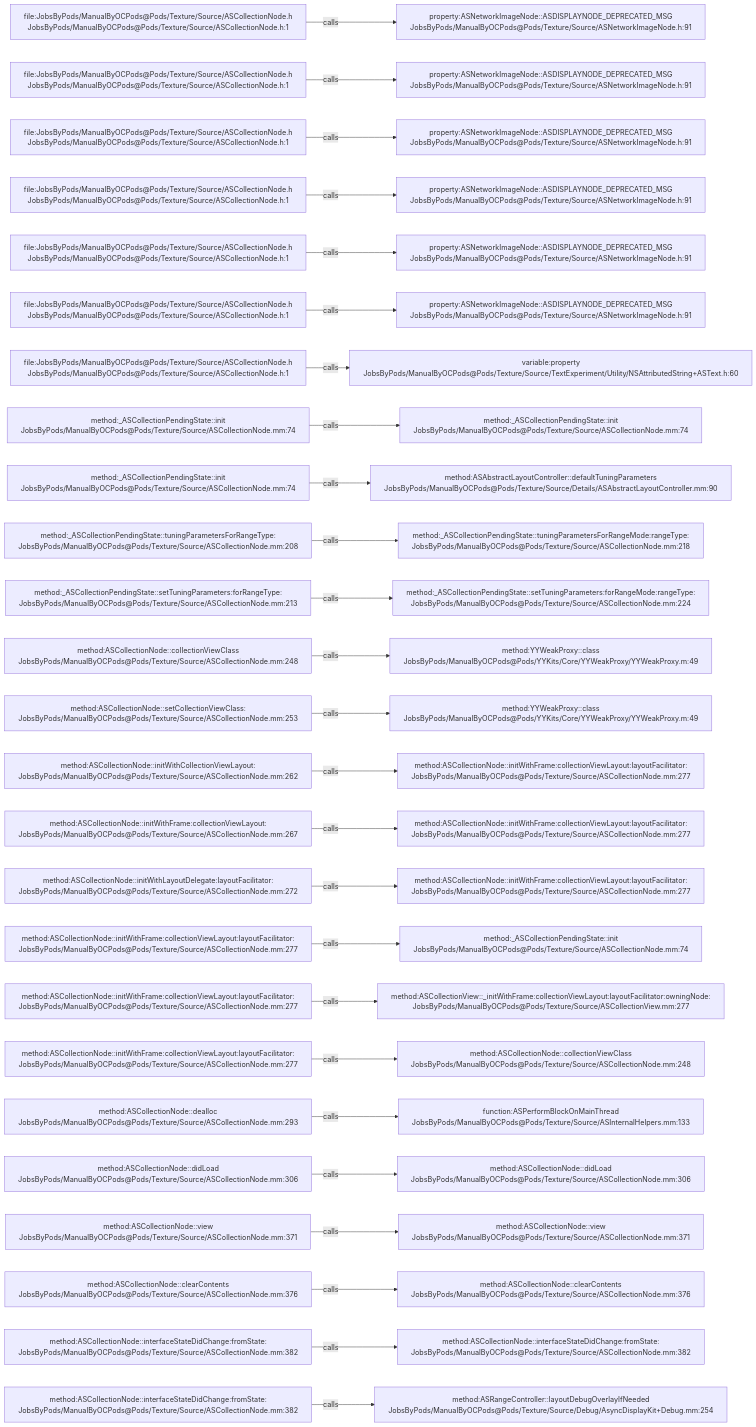
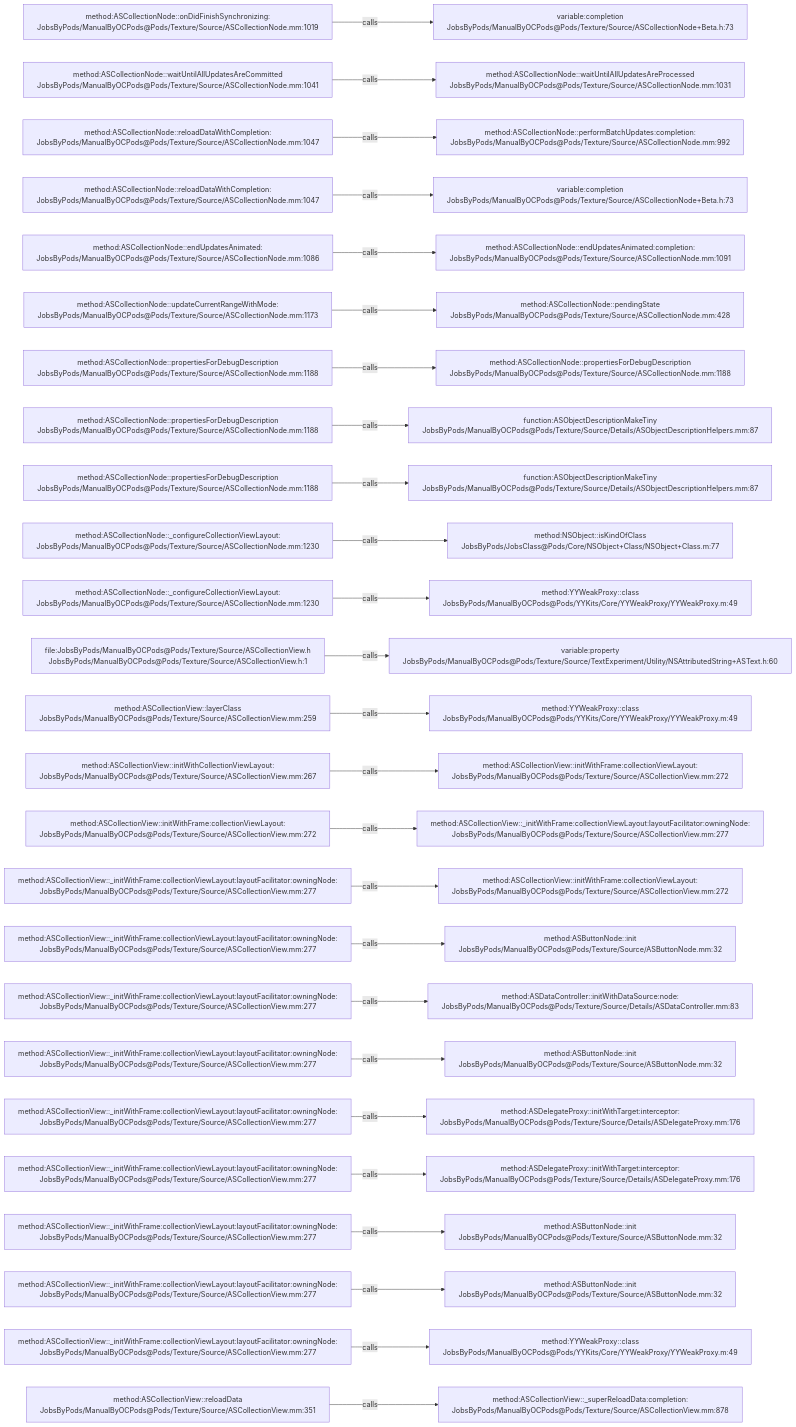
Before and after one commit to JobsKits/JobsOCBaseConfigDemo: the diagram in .codegraph/codegraph.md/graphs/calls-077.md, drawn with Mermaid. The commit also changed 1353 other files, not shown here.

````diff
--- a/.codegraph/codegraph.md/graphs/calls-077.md
+++ b/.codegraph/codegraph.md/graphs/calls-077.md
@@ -13,78 +13,78 @@
 ```mermaid
 flowchart LR
-  S1["file:JobsByPods/ManualByOCPods@Pods/Texture/Source/ASCollectionNode.h<br/>JobsByPods/ManualByOCPods@Pods/Texture/Source/ASCollectionNode.h:1"]
-  T1["property:ASNetworkImageNode::ASDISPLAYNODE_DEPRECATED_MSG<br/>JobsByPods/ManualByOCPods@Pods/Texture/Source/ASNetworkImageNode.h:91"]
+  S1["method:ASCollectionNode::onDidFinishSynchronizing:<br/>JobsByPods/ManualByOCPods@Pods/Texture/Source/ASCollectionNode.mm:1019"]
+  T1["variable:completion<br/>JobsByPods/ManualByOCPods@Pods/Texture/Source/ASCollectionNode+Beta.h:73"]
   S1 -->|calls| T1
-  S2["file:JobsByPods/ManualByOCPods@Pods/Texture/Source/ASCollectionNode.h<br/>JobsByPods/ManualByOCPods@Pods/Texture/Source/ASCollectionNode.h:1"]
-  T2["property:ASNetworkImageNode::ASDISPLAYNODE_DEPRECATED_MSG<br/>JobsByPods/ManualByOCPods@Pods/Texture/Source/ASNetworkImageNode.h:91"]
+  S2["method:ASCollectionNode::waitUntilAllUpdatesAreCommitted<br/>JobsByPods/ManualByOCPods@Pods/Texture/Source/ASCollectionNode.mm:1041"]
+  T2["method:ASCollectionNode::waitUntilAllUpdatesAreProcessed<br/>JobsByPods/ManualByOCPods@Pods/Texture/Source/ASCollectionNode.mm:1031"]
   S2 -->|calls| T2
-  S3["file:JobsByPods/ManualByOCPods@Pods/Texture/Source/ASCollectionNode.h<br/>JobsByPods/ManualByOCPods@Pods/Texture/Source/ASCollectionNode.h:1"]
-  T3["property:ASNetworkImageNode::ASDISPLAYNODE_DEPRECATED_MSG<br/>JobsByPods/ManualByOCPods@Pods/Texture/Source/ASNetworkImageNode.h:91"]
+  S3["method:ASCollectionNode::reloadDataWithCompletion:<br/>JobsByPods/ManualByOCPods@Pods/Texture/Source/ASCollectionNode.mm:1047"]
+  T3["method:ASCollectionNode::performBatchUpdates:completion:<br/>JobsByPods/ManualByOCPods@Pods/Texture/Source/ASCollectionNode.mm:992"]
   S3 -->|calls| T3
-  S4["file:JobsByPods/ManualByOCPods@Pods/Texture/Source/ASCollectionNode.h<br/>JobsByPods/ManualByOCPods@Pods/Texture/Source/ASCollectionNode.h:1"]
-  T4["property:ASNetworkImageNode::ASDISPLAYNODE_DEPRECATED_MSG<br/>JobsByPods/ManualByOCPods@Pods/Texture/Source/ASNetworkImageNode.h:91"]
+  S4["method:ASCollectionNode::reloadDataWithCompletion:<br/>JobsByPods/ManualByOCPods@Pods/Texture/Source/ASCollectionNode.mm:1047"]
+  T4["variable:completion<br/>JobsByPods/ManualByOCPods@Pods/Texture/Source/ASCollectionNode+Beta.h:73"]
   S4 -->|calls| T4
-  S5["file:JobsByPods/ManualByOCPods@Pods/Texture/Source/ASCollectionNode.h<br/>JobsByPods/ManualByOCPods@Pods/Texture/Source/ASCollectionNode.h:1"]
-  T5["property:ASNetworkImageNode::ASDISPLAYNODE_DEPRECATED_MSG<br/>JobsByPods/ManualByOCPods@Pods/Texture/Source/ASNetworkImageNode.h:91"]
+  S5["method:ASCollectionNode::endUpdatesAnimated:<br/>JobsByPods/ManualByOCPods@Pods/Texture/Source/ASCollectionNode.mm:1086"]
+  T5["method:ASCollectionNode::endUpdatesAnimated:completion:<br/>JobsByPods/ManualByOCPods@Pods/Texture/Source/ASCollectionNode.mm:1091"]
   S5 -->|calls| T5
-  S6["file:JobsByPods/ManualByOCPods@Pods/Texture/Source/ASCollectionNode.h<br/>JobsByPods/ManualByOCPods@Pods/Texture/Source/ASCollectionNode.h:1"]
-  T6["property:ASNetworkImageNode::ASDISPLAYNODE_DEPRECATED_MSG<br/>JobsByPods/ManualByOCPods@Pods/Texture/Source/ASNetworkImageNode.h:91"]
+  S6["method:ASCollectionNode::updateCurrentRangeWithMode:<br/>JobsByPods/ManualByOCPods@Pods/Texture/Source/ASCollectionNode.mm:1173"]
+  T6["method:ASCollectionNode::pendingState<br/>JobsByPods/ManualByOCPods@Pods/Texture/Source/ASCollectionNode.mm:428"]
   S6 -->|calls| T6
-  S7["file:JobsByPods/ManualByOCPods@Pods/Texture/Source/ASCollectionNode.h<br/>JobsByPods/ManualByOCPods@Pods/Texture/Source/ASCollectionNode.h:1"]
-  T7["variable:property<br/>JobsByPods/ManualByOCPods@Pods/Texture/Source/TextExperiment/Utility/NSAttributedString+ASText.h:60"]
+  S7["method:ASCollectionNode::propertiesForDebugDescription<br/>JobsByPods/ManualByOCPods@Pods/Texture/Source/ASCollectionNode.mm:1188"]
+  T7["method:ASCollectionNode::propertiesForDebugDescription<br/>JobsByPods/ManualByOCPods@Pods/Texture/Source/ASCollectionNode.mm:1188"]
   S7 -->|calls| T7
-  S8["method:_ASCollectionPendingState::init<br/>JobsByPods/ManualByOCPods@Pods/Texture/Source/ASCollectionNode.mm:74"]
-  T8["method:_ASCollectionPendingState::init<br/>JobsByPods/ManualByOCPods@Pods/Texture/Source/ASCollectionNode.mm:74"]
+  S8["method:ASCollectionNode::propertiesForDebugDescription<br/>JobsByPods/ManualByOCPods@Pods/Texture/Source/ASCollectionNode.mm:1188"]
+  T8["function:ASObjectDescriptionMakeTiny<br/>JobsByPods/ManualByOCPods@Pods/Texture/Source/Details/ASObjectDescriptionHelpers.mm:87"]
   S8 -->|calls| T8
-  S9["method:_ASCollectionPendingState::init<br/>JobsByPods/ManualByOCPods@Pods/Texture/Source/ASCollectionNode.mm:74"]
-  T9["method:ASAbstractLayoutController::defaultTuningParameters<br/>JobsByPods/ManualByOCPods@Pods/Texture/Source/Details/ASAbstractLayoutController.mm:90"]
+  S9["method:ASCollectionNode::propertiesForDebugDescription<br/>JobsByPods/ManualByOCPods@Pods/Texture/Source/ASCollectionNode.mm:1188"]
+  T9["function:ASObjectDescriptionMakeTiny<br/>JobsByPods/ManualByOCPods@Pods/Texture/Source/Details/ASObjectDescriptionHelpers.mm:87"]
   S9 -->|calls| T9
-  S10["method:_ASCollectionPendingState::tuningParametersForRangeType:<br/>JobsByPods/ManualByOCPods@Pods/Texture/Source/ASCollectionNode.mm:208"]
-  T10["method:_ASCollectionPendingState::tuningParametersForRangeMode:rangeType:<br/>JobsByPods/ManualByOCPods@Pods/Texture/Source/ASCollectionNode.mm:218"]
+  S10["method:ASCollectionNode::_configureCollectionViewLayout:<br/>JobsByPods/ManualByOCPods@Pods/Texture/Source/ASCollectionNode.mm:1230"]
+  T10["method:NSObject::isKindOfClass<br/>JobsByPods/JobsClass@Pods/Core/NSObject+Class/NSObject+Class.m:77"]
   S10 -->|calls| T10
-  S11["method:_ASCollectionPendingState::setTuningParameters:forRangeType:<br/>JobsByPods/ManualByOCPods@Pods/Texture/Source/ASCollectionNode.mm:213"]
-  T11["method:_ASCollectionPendingState::setTuningParameters:forRangeMode:rangeType:<br/>JobsByPods/ManualByOCPods@Pods/Texture/Source/ASCollectionNode.mm:224"]
+  S11["method:ASCollectionNode::_configureCollectionViewLayout:<br/>JobsByPods/ManualByOCPods@Pods/Texture/Source/ASCollectionNode.mm:1230"]
+  T11["method:YYWeakProxy::class<br/>JobsByPods/ManualByOCPods@Pods/YYKits/Core/YYWeakProxy/YYWeakProxy.m:49"]
   S11 -->|calls| T11
-  S12["method:ASCollectionNode::collectionViewClass<br/>JobsByPods/ManualByOCPods@Pods/Texture/Source/ASCollectionNode.mm:248"]
-  T12["method:YYWeakProxy::class<br/>JobsByPods/ManualByOCPods@Pods/YYKits/Core/YYWeakProxy/YYWeakProxy.m:49"]
+  S12["file:JobsByPods/ManualByOCPods@Pods/Texture/Source/ASCollectionView.h<br/>JobsByPods/ManualByOCPods@Pods/Texture/Source/ASCollectionView.h:1"]
+  T12["variable:property<br/>JobsByPods/ManualByOCPods@Pods/Texture/Source/TextExperiment/Utility/NSAttributedString+ASText.h:60"]
   S12 -->|calls| T12
-  S13["method:ASCollectionNode::setCollectionViewClass:<br/>JobsByPods/ManualByOCPods@Pods/Texture/Source/ASCollectionNode.mm:253"]
+  S13["method:ASCollectionView::layerClass<br/>JobsByPods/ManualByOCPods@Pods/Texture/Source/ASCollectionView.mm:259"]
   T13["method:YYWeakProxy::class<br/>JobsByPods/ManualByOCPods@Pods/YYKits/Core/YYWeakProxy/YYWeakProxy.m:49"]
   S13 -->|calls| T13
-  S14["method:ASCollectionNode::initWithCollectionViewLayout:<br/>JobsByPods/ManualByOCPods@Pods/Texture/Source/ASCollectionNode.mm:262"]
-  T14["method:ASCollectionNode::initWithFrame:collectionViewLayout:layoutFacilitator:<br/>JobsByPods/ManualByOCPods@Pods/Texture/Source/ASCollectionNode.mm:277"]
+  S14["method:ASCollectionView::initWithCollectionViewLayout:<br/>JobsByPods/ManualByOCPods@Pods/Texture/Source/ASCollectionView.mm:267"]
+  T14["method:ASCollectionView::initWithFrame:collectionViewLayout:<br/>JobsByPods/ManualByOCPods@Pods/Texture/Source/ASCollectionView.mm:272"]
   S14 -->|calls| T14
-  S15["method:ASCollectionNode::initWithFrame:collectionViewLayout:<br/>JobsByPods/ManualByOCPods@Pods/Texture/Source/ASCollectionNode.mm:267"]
-  T15["method:ASCollectionNode::initWithFrame:collectionViewLayout:layoutFacilitator:<br/>JobsByPods/ManualByOCPods@Pods/Texture/Source/ASCollectionNode.mm:277"]
+  S15["method:ASCollectionView::initWithFrame:collectionViewLayout:<br/>JobsByPods/ManualByOCPods@Pods/Texture/Source/ASCollectionView.mm:272"]
+  T15["method:ASCollectionView::_initWithFrame:collectionViewLayout:layoutFacilitator:owningNode:<br/>JobsByPods/ManualByOCPods@Pods/Texture/Source/ASCollectionView.mm:277"]
   S15 -->|calls| T15
-  S16["method:ASCollectionNode::initWithLayoutDelegate:layoutFacilitator:<br/>JobsByPods/ManualByOCPods@Pods/Texture/Source/ASCollectionNode.mm:272"]
-  T16["method:ASCollectionNode::initWithFrame:collectionViewLayout:layoutFacilitator:<br/>JobsByPods/ManualByOCPods@Pods/Texture/Source/ASCollectionNode.mm:277"]
+  S16["method:ASCollectionView::_initWithFrame:collectionViewLayout:layoutFacilitator:owningNode:<br/>JobsByPods/ManualByOCPods@Pods/Texture/Source/ASCollectionView.mm:277"]
+  T16["method:ASCollectionView::initWithFrame:collectionViewLayout:<br/>JobsByPods/ManualByOCPods@Pods/Texture/Source/ASCollectionView.mm:272"]
   S16 -->|calls| T16
-  S17["method:ASCollectionNode::initWithFrame:collectionViewLayout:layoutFacilitator:<br/>JobsByPods/ManualByOCPods@Pods/Texture/Source/ASCollectionNode.mm:277"]
-  T17["method:_ASCollectionPendingState::init<br/>JobsByPods/ManualByOCPods@Pods/Texture/Source/ASCollectionNode.mm:74"]
+  S17["method:ASCollectionView::_initWithFrame:collectionViewLayout:layoutFacilitator:owningNode:<br/>JobsByPods/ManualByOCPods@Pods/Texture/Source/ASCollectionView.mm:277"]
+  T17["method:ASButtonNode::init<br/>JobsByPods/ManualByOCPods@Pods/Texture/Source/ASButtonNode.mm:32"]
   S17 -->|calls| T17
-  S18["method:ASCollectionNode::initWithFrame:collectionViewLayout:layoutFacilitator:<br/>JobsByPods/ManualByOCPods@Pods/Texture/Source/ASCollectionNode.mm:277"]
-  T18["method:ASCollectionView::_initWithFrame:collectionViewLayout:layoutFacilitator:owningNode:<br/>JobsByPods/ManualByOCPods@Pods/Texture/Source/ASCollectionView.mm:277"]
+  S18["method:ASCollectionView::_initWithFrame:collectionViewLayout:layoutFacilitator:owningNode:<br/>JobsByPods/ManualByOCPods@Pods/Texture/Source/ASCollectionView.mm:277"]
+  T18["method:ASDataController::initWithDataSource:node:<br/>JobsByPods/ManualByOCPods@Pods/Texture/Source/Details/ASDataController.mm:83"]
   S18 -->|calls| T18
-  S19["method:ASCollectionNode::initWithFrame:collectionViewLayout:layoutFacilitator:<br/>JobsByPods/ManualByOCPods@Pods/Texture/Source/ASCollectionNode.mm:277"]
-  T19["method:ASCollectionNode::collectionViewClass<br/>JobsByPods/ManualByOCPods@Pods/Texture/Source/ASCollectionNode.mm:248"]
+  S19["method:ASCollectionView::_initWithFrame:collectionViewLayout:layoutFacilitator:owningNode:<br/>JobsByPods/ManualByOCPods@Pods/Texture/Source/ASCollectionView.mm:277"]
+  T19["method:ASButtonNode::init<br/>JobsByPods/ManualByOCPods@Pods/Texture/Source/ASButtonNode.mm:32"]
   S19 -->|calls| T19
-  S20["method:ASCollectionNode::dealloc<br/>JobsByPods/ManualByOCPods@Pods/Texture/Source/ASCollectionNode.mm:293"]
-  T20["function:ASPerformBlockOnMainThread<br/>JobsByPods/ManualByOCPods@Pods/Texture/Source/ASInternalHelpers.mm:133"]
+  S20["method:ASCollectionView::_initWithFrame:collectionViewLayout:layoutFacilitator:owningNode:<br/>JobsByPods/ManualByOCPods@Pods/Texture/Source/ASCollectionView.mm:277"]
+  T20["method:ASDelegateProxy::initWithTarget:interceptor:<br/>JobsByPods/ManualByOCPods@Pods/Texture/Source/Details/ASDelegateProxy.mm:176"]
   S20 -->|calls| T20
-  S21["method:ASCollectionNode::didLoad<br/>JobsByPods/ManualByOCPods@Pods/Texture/Source/ASCollectionNode.mm:306"]
-  T21["method:ASCollectionNode::didLoad<br/>JobsByPods/ManualByOCPods@Pods/Texture/Source/ASCollectionNode.mm:306"]
+  S21["method:ASCollectionView::_initWithFrame:collectionViewLayout:layoutFacilitator:owningNode:<br/>JobsByPods/ManualByOCPods@Pods/Texture/Source/ASCollectionView.mm:277"]
+  T21["method:ASDelegateProxy::initWithTarget:interceptor:<br/>JobsByPods/ManualByOCPods@Pods/Texture/Source/Details/ASDelegateProxy.mm:176"]
   S21 -->|calls| T21
-  S22["method:ASCollectionNode::view<br/>JobsByPods/ManualByOCPods@Pods/Texture/Source/ASCollectionNode.mm:371"]
-  T22["method:ASCollectionNode::view<br/>JobsByPods/ManualByOCPods@Pods/Texture/Source/ASCollectionNode.mm:371"]
+  S22["method:ASCollectionView::_initWithFrame:collectionViewLayout:layoutFacilitator:owningNode:<br/>JobsByPods/ManualByOCPods@Pods/Texture/Source/ASCollectionView.mm:277"]
+  T22["method:ASButtonNode::init<br/>JobsByPods/ManualByOCPods@Pods/Texture/Source/ASButtonNode.mm:32"]
   S22 -->|calls| T22
-  S23["method:ASCollectionNode::clearContents<br/>JobsByPods/ManualByOCPods@Pods/Texture/Source/ASCollectionNode.mm:376"]
-  T23["method:ASCollectionNode::clearContents<br/>JobsByPods/ManualByOCPods@Pods/Texture/Source/ASCollectionNode.mm:376"]
+  S23["method:ASCollectionView::_initWithFrame:collectionViewLayout:layoutFacilitator:owningNode:<br/>JobsByPods/ManualByOCPods@Pods/Texture/Source/ASCollectionView.mm:277"]
+  T23["method:ASButtonNode::init<br/>JobsByPods/ManualByOCPods@Pods/Texture/Source/ASButtonNode.mm:32"]
   S23 -->|calls| T23
-  S24["method:ASCollectionNode::interfaceStateDidChange:fromState:<br/>JobsByPods/ManualByOCPods@Pods/Texture/Source/ASCollectionNode.mm:382"]
-  T24["method:ASCollectionNode::interfaceStateDidChange:fromState:<br/>JobsByPods/ManualByOCPods@Pods/Texture/Source/ASCollectionNode.mm:382"]
+  S24["method:ASCollectionView::_initWithFrame:collectionViewLayout:layoutFacilitator:owningNode:<br/>JobsByPods/ManualByOCPods@Pods/Texture/Source/ASCollectionView.mm:277"]
+  T24["method:YYWeakProxy::class<br/>JobsByPods/ManualByOCPods@Pods/YYKits/Core/YYWeakProxy/YYWeakProxy.m:49"]
   S24 -->|calls| T24
-  S25["method:ASCollectionNode::interfaceStateDidChange:fromState:<br/>JobsByPods/ManualByOCPods@Pods/Texture/Source/ASCollectionNode.mm:382"]
-  T25["method:ASRangeController::layoutDebugOverlayIfNeeded<br/>JobsByPods/ManualByOCPods@Pods/Texture/Source/Debug/AsyncDisplayKit+Debug.mm:254"]
+  S25["method:ASCollectionView::reloadData<br/>JobsByPods/ManualByOCPods@Pods/Texture/Source/ASCollectionView.mm:351"]
+  T25["method:ASCollectionView::_superReloadData:completion:<br/>JobsByPods/ManualByOCPods@Pods/Texture/Source/ASCollectionView.mm:878"]
   S25 -->|calls| T25
 ```
````
